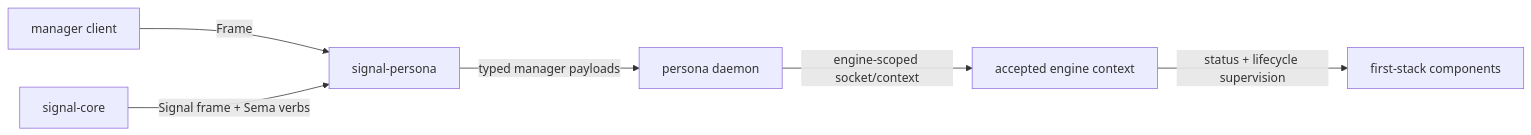
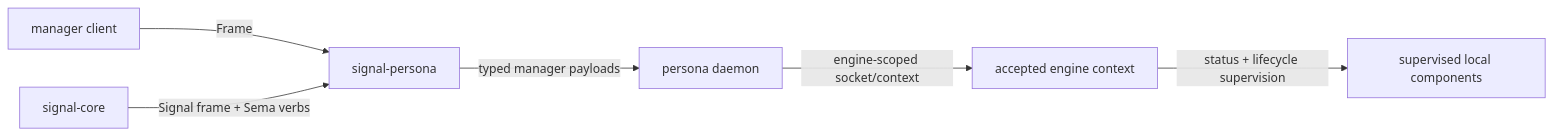
One commit to LiGoldragon/signal-persona changed the diagram in ARCHITECTURE.md. Above: the diagram before and after it, drawn with Mermaid. The commit also changed other lines of this file and 3 other files, not shown here.

````diff
--- a/ARCHITECTURE.md
+++ b/ARCHITECTURE.md
@@ -14,15 +14,15 @@
 ```mermaid
 flowchart LR
     client["manager client"]
     contract["signal-persona"]
     core["signal-core"]
     daemon["persona daemon"]
     engine["accepted engine context"]
-    components["first-stack components"]
+    components["supervised local components"]
 
     client -->|"Frame<EngineRequest, EngineReply>"| contract
     core -->|"Signal frame + Sema verbs"| contract
     contract -->|"typed manager payloads"| daemon
     daemon -->|"engine-scoped socket/context"| engine
     engine -->|"status + lifecycle supervision"| components
 ```
````
